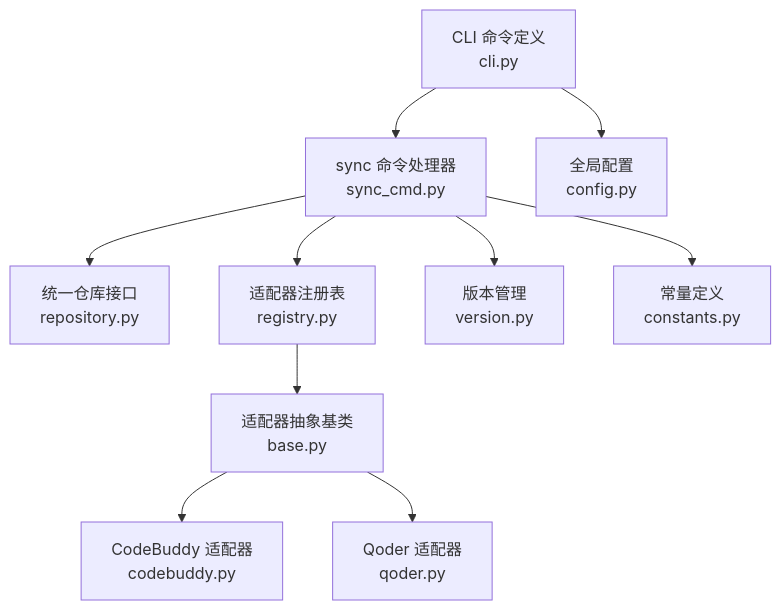
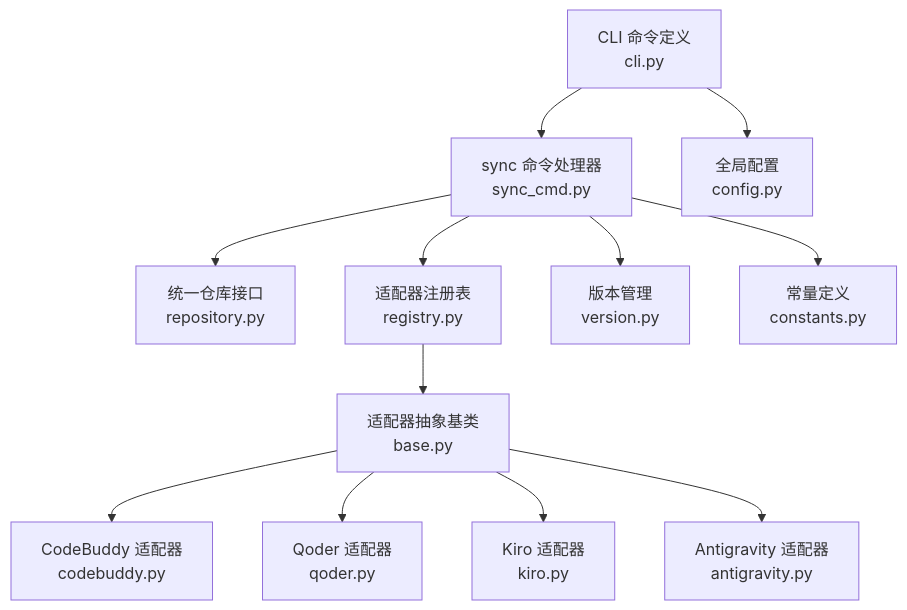
The first of 5 diagrams in .qoder/repowiki/zh/content/命令参考手册/sync 命令详解.md (MapleWan/MSR), drawn with Mermaid before and after one commit. The commit also changed other lines of this file and 5 other files, not shown here.

````diff
--- a/.qoder/repowiki/zh/content/命令参考手册/sync 命令详解.md
+++ b/.qoder/repowiki/zh/content/命令参考手册/sync 命令详解.md
@@ -41,12 +53,14 @@
 ```mermaid
 graph TB
 CLI["CLI 命令定义<br/>cli.py"] --> Handler["sync 命令处理器<br/>sync_cmd.py"]
 Handler --> Repo["统一仓库接口<br/>repository.py"]
 Handler --> Registry["适配器注册表<br/>registry.py"]
 Registry --> AdapterBase["适配器抽象基类<br/>base.py"]
 AdapterBase --> CodeBuddy["CodeBuddy 适配器<br/>codebuddy.py"]
 AdapterBase --> Qoder["Qoder 适配器<br/>qoder.py"]
+AdapterBase --> Kiro["Kiro 适配器<br/>kiro.py"]
+AdapterBase --> Antigravity["Antigravity 适配器<br/>antigravity.py"]
 Handler --> Version["版本管理<br/>version.py"]
 Handler --> Const["常量定义<br/>constants.py"]
 CLI --> GlobalCfg["全局配置<br/>config.py"]
 ```
````
